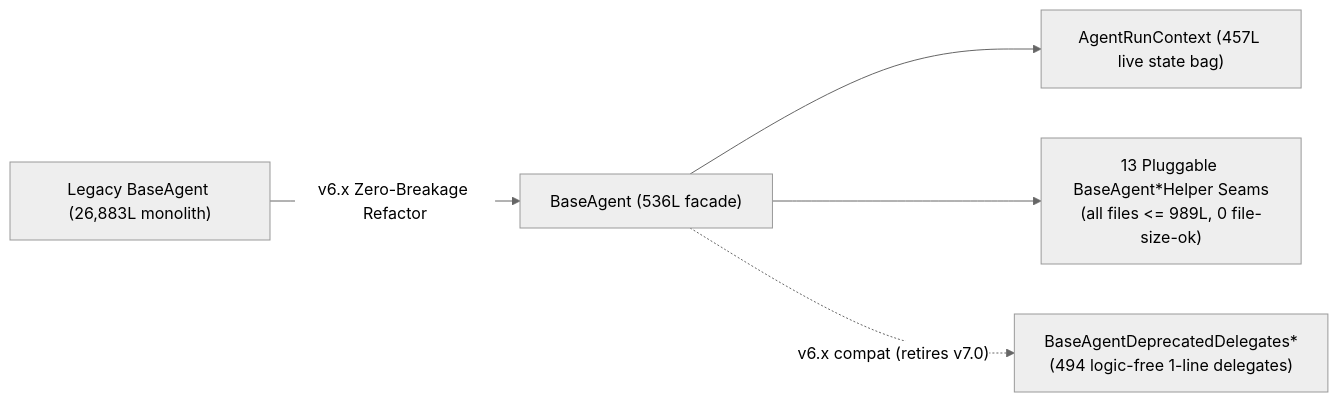
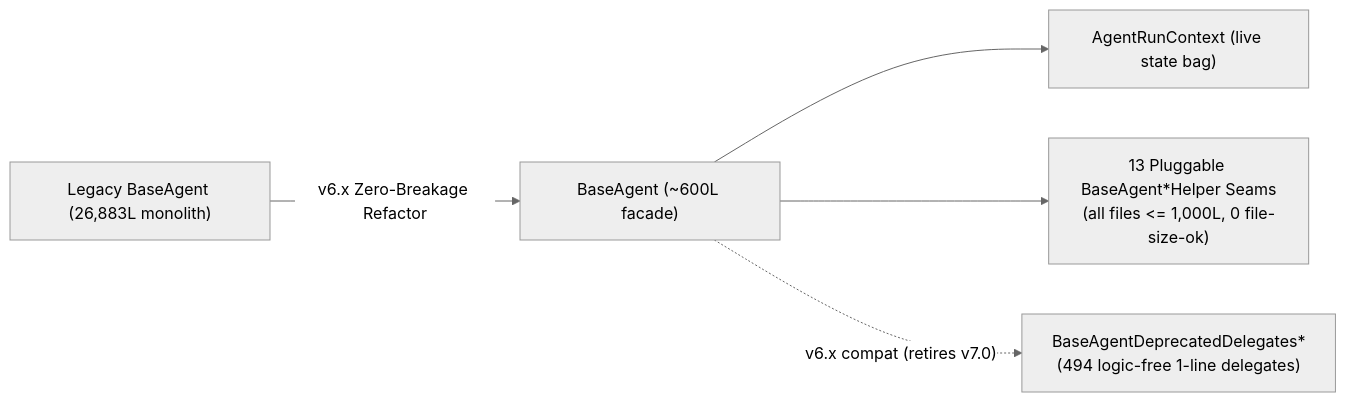
One commit to MemberJunction/MJ changed the diagram in guides/BASE_AGENT_REBASE_MAP.md. Above: the diagram before and after it, drawn with Mermaid (neutral theme). The commit also changed other lines of this file and 65 other files, not shown here.

````diff
--- a/guides/BASE_AGENT_REBASE_MAP.md
+++ b/guides/BASE_AGENT_REBASE_MAP.md
@@ -17,7 +17,7 @@
 ```mermaid
 flowchart LR
-    OLD["Legacy BaseAgent (26,883L monolith)"] -->|"v6.x Zero-Breakage Refactor"| NEW["BaseAgent (536L facade)"]
-    NEW --> CTX["AgentRunContext (457L live state bag)"]
-    NEW --> HELPERS["13 Pluggable BaseAgent*Helper Seams\n(all files <= 989L, 0 file-size-ok)"]
+    OLD["Legacy BaseAgent (26,883L monolith)"] -->|"v6.x Zero-Breakage Refactor"| NEW["BaseAgent (~600L facade)"]
+    NEW --> CTX["AgentRunContext (live state bag)"]
+    NEW --> HELPERS["13 Pluggable BaseAgent*Helper Seams\n(all files <= 1,000L, 0 file-size-ok)"]
     NEW -. "v6.x compat (retires v7.0)" .-> SHIM["BaseAgentDeprecatedDelegates*\n(494 logic-free 1-line delegates)"]
 ```
````
